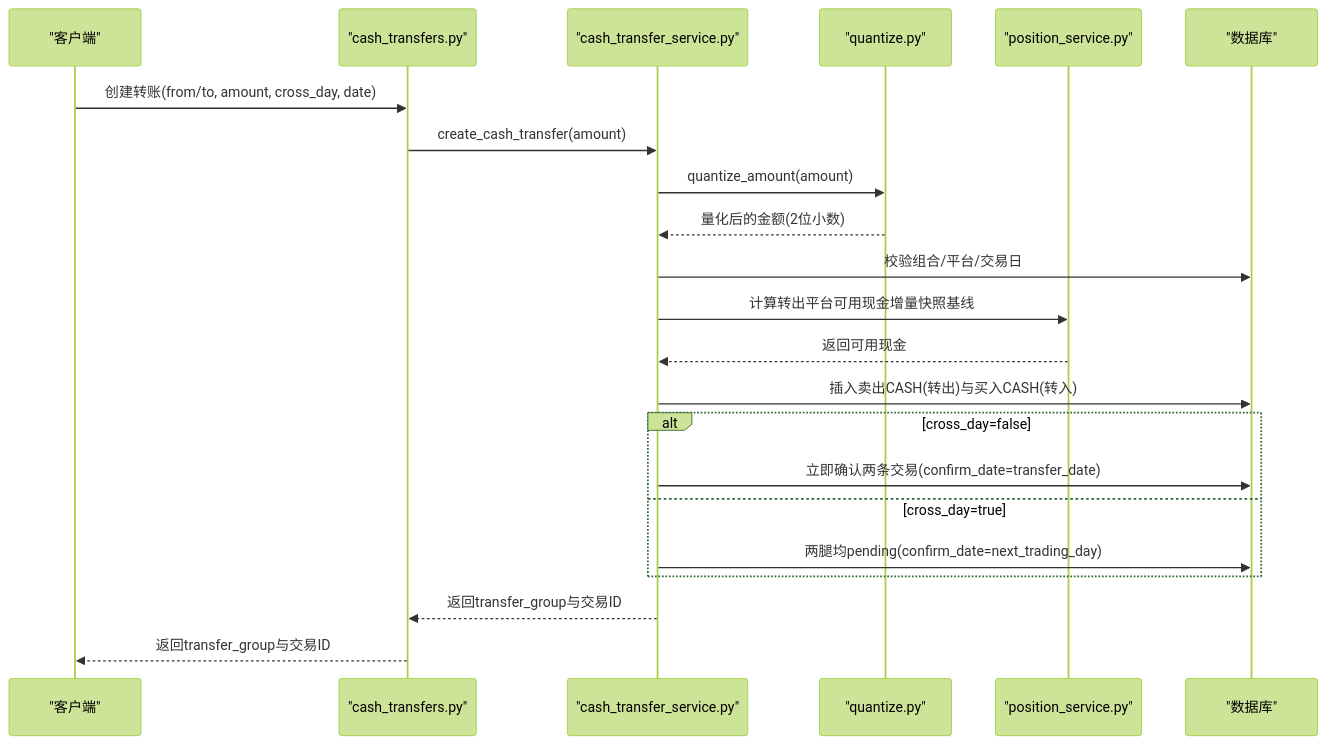
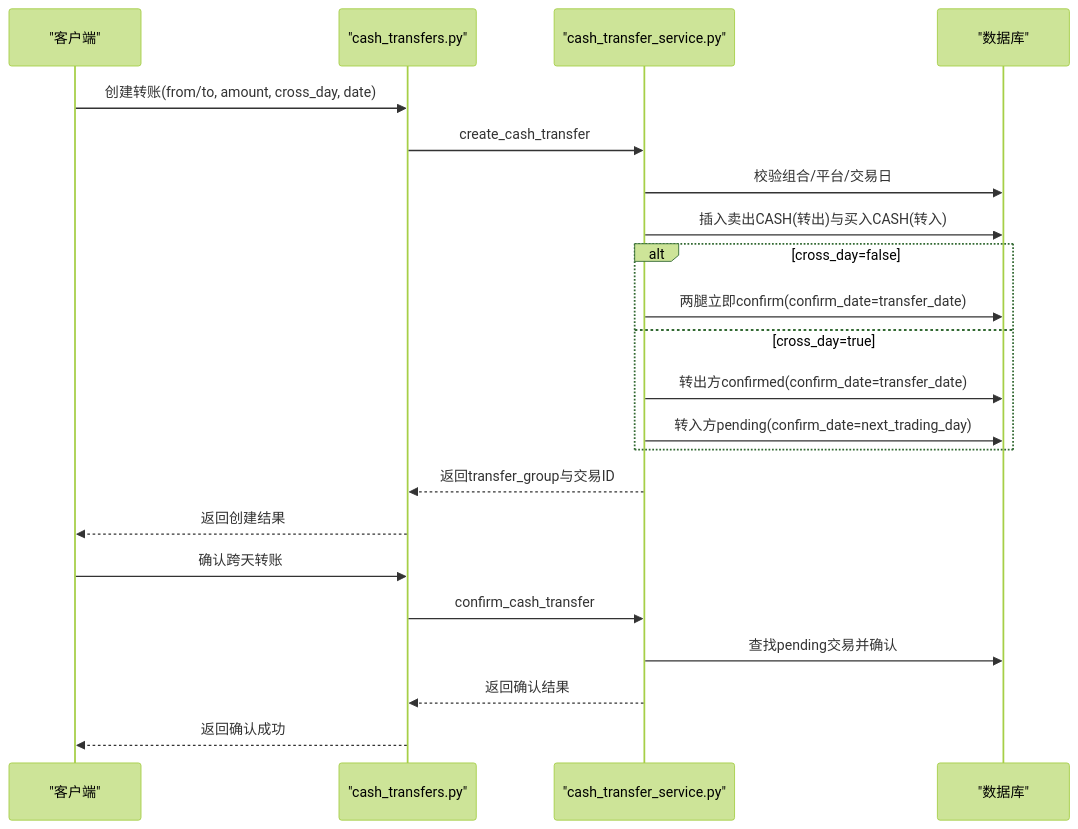
One commit to gujialind/InvestRing changed the fifth of 7 diagrams in .qoder/repowiki/zh/content/核心业务功能/平台间现金转移系统.md. Above: the diagram before and after it, drawn with Mermaid (forest theme). The commit also changed other lines of this file and 62 other files, not shown here.

````diff
--- a/.qoder/repowiki/zh/content/核心业务功能/平台间现金转移系统.md
+++ b/.qoder/repowiki/zh/content/核心业务功能/平台间现金转移系统.md
@@ -375,24 +232,24 @@
 ```mermaid
 sequenceDiagram
 participant Client as "客户端"
 participant Router as "cash_transfers.py"
 participant Service as "cash_transfer_service.py"
-participant Quantizer as "quantize.py"
-participant PosSvc as "position_service.py"
 participant DB as "数据库"
 Client->>Router : 创建转账(from/to, amount, cross_day, date)
-Router->>Service : create_cash_transfer(amount)
-Service->>Quantizer : quantize_amount(amount)
-Quantizer-->>Service : 量化后的金额(2位小数)
+Router->>Service : create_cash_transfer
 Service->>DB : 校验组合/平台/交易日
-Service->>PosSvc : 计算转出平台可用现金增量快照基线
-PosSvc-->>Service : 返回可用现金
 Service->>DB : 插入卖出CASH(转出)与买入CASH(转入)
 alt cross_day=false
-Service->>DB : 立即确认两条交易(confirm_date=transfer_date)
+Service->>DB : 两腿立即confirm(confirm_date=transfer_date)
 else cross_day=true
-Service->>DB : 两腿均pending(confirm_date=next_trading_day)
+Service->>DB : 转出方confirmed(confirm_date=transfer_date)
+Service->>DB : 转入方pending(confirm_date=next_trading_day)
 end
 Service-->>Router : 返回transfer_group与交易ID
-Router-->>Client : 返回transfer_group与交易ID
+Router-->>Client : 返回创建结果
+Client->>Router : 确认跨天转账
+Router->>Service : confirm_cash_transfer
+Service->>DB : 查找pending交易并确认
+Service-->>Router : 返回确认结果
+Router-->>Client : 返回确认成功
 ```
````
